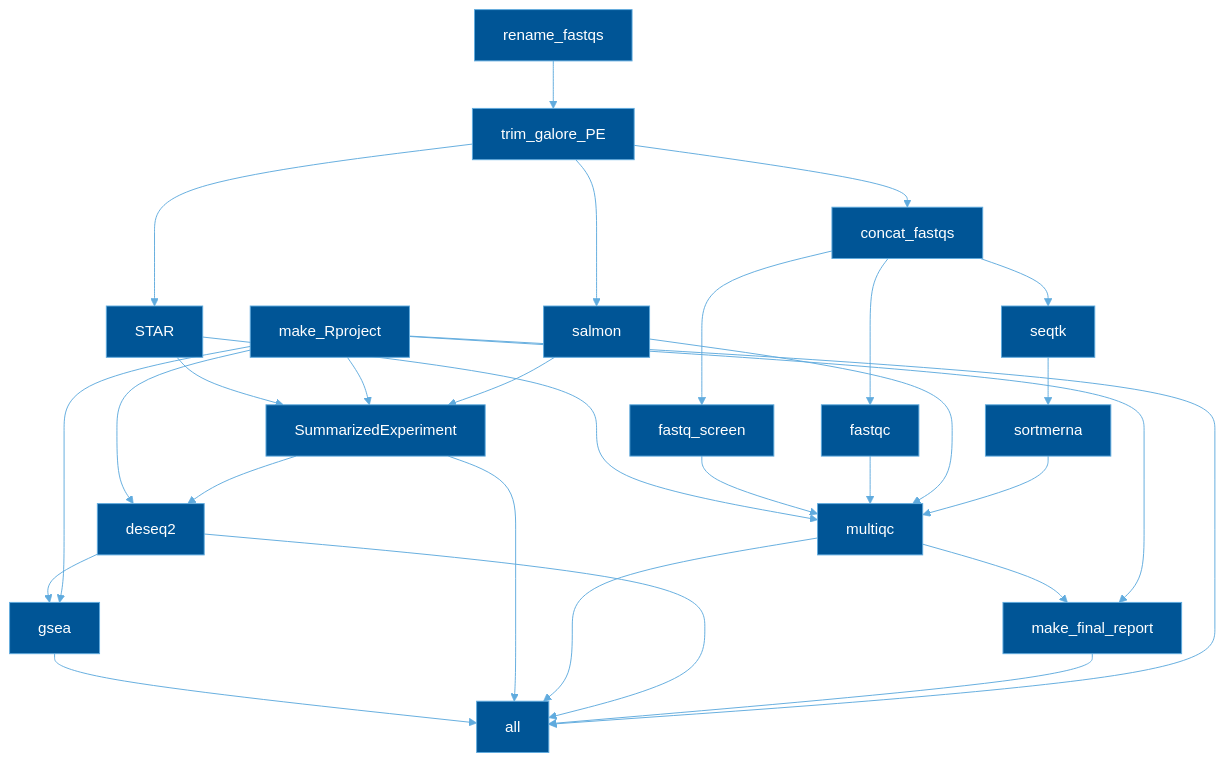
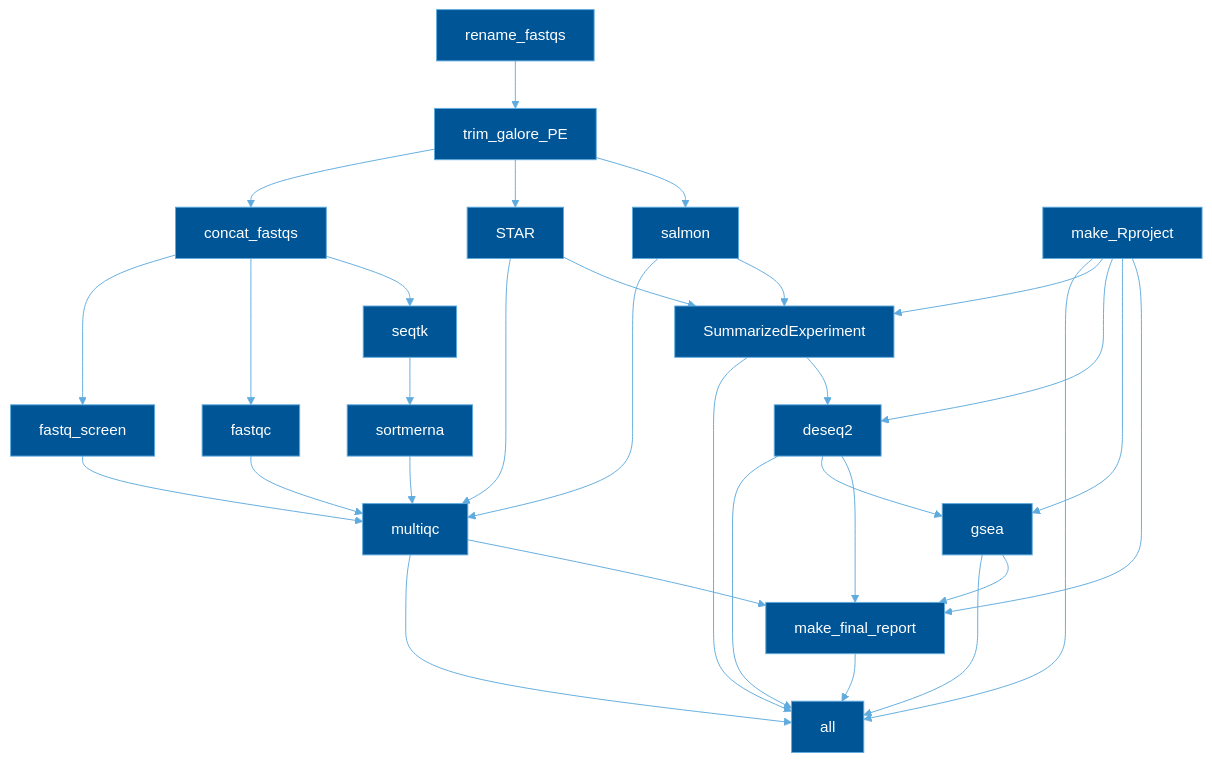
The diagram in README.md (vari-bbc/rnaseq_workflow), drawn with Mermaid before and after one commit. The commit also changed 11 other files, not shown here.

````diff
--- a/README.md
+++ b/README.md
@@ -56,60 +56,62 @@
 ```mermaid
 ---
 config:
   look: classic
   theme: base
   themeVariables: {
       'primaryColor': '#005596',
       'primaryTextColor': '#fff',
       'primaryBorderColor': '#60abde',
       'lineColor': '#60abde',
       'secondaryColor': '#006100',
       'tertiaryColor': '#fff'
     }
 ---
 flowchart TB
 	id0[all]
 	id1[multiqc]
 	id2[fastq_screen]
 	id3[concat_fastqs]
 	id4[trim_galore_PE]
 	id5[rename_fastqs]
 	id6[fastqc]
 	id7[STAR]
 	id8[salmon]
 	id9[sortmerna]
 	id10[seqtk]
 	id11[SummarizedExperiment]
 	id12[make_Rproject]
 	id13[deseq2]
 	id14[gsea]
 	id15[make_final_report]
+    id13 --> id0
+    id1 --> id0
+    id11 --> id0
+    id12 --> id0
     id14 --> id0
-    id11 --> id0
-    id1 --> id0
-    id13 --> id0
     id15 --> id0
-    id12 --> id0
     id7 --> id1
     id2 --> id1
+    id8 --> id1
     id6 --> id1
-    id8 --> id1
     id9 --> id1
     id3 --> id2
     id4 --> id3
     id5 --> id4
     id3 --> id6
     id4 --> id7
     id4 --> id8
     id10 --> id9
     id3 --> id10
-    id7 --> id11
     id12 --> id11
     id8 --> id11
+    id7 --> id11
     id12 --> id13
     id11 --> id13
     id13 --> id14
     id12 --> id14
+    id13 --> id15
     id1 --> id15
+    id14 --> id15
     id12 --> id15
 ```
````
